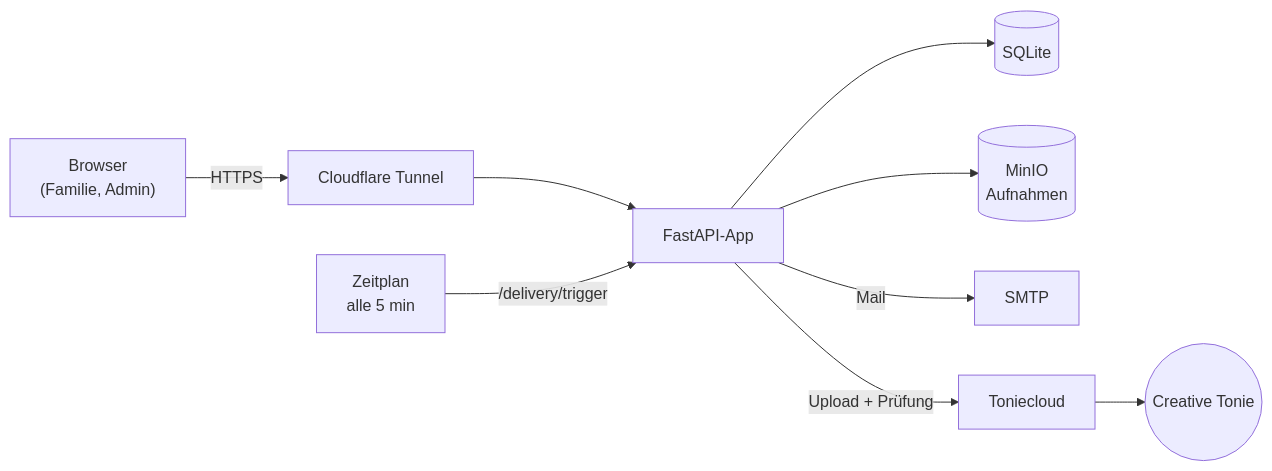
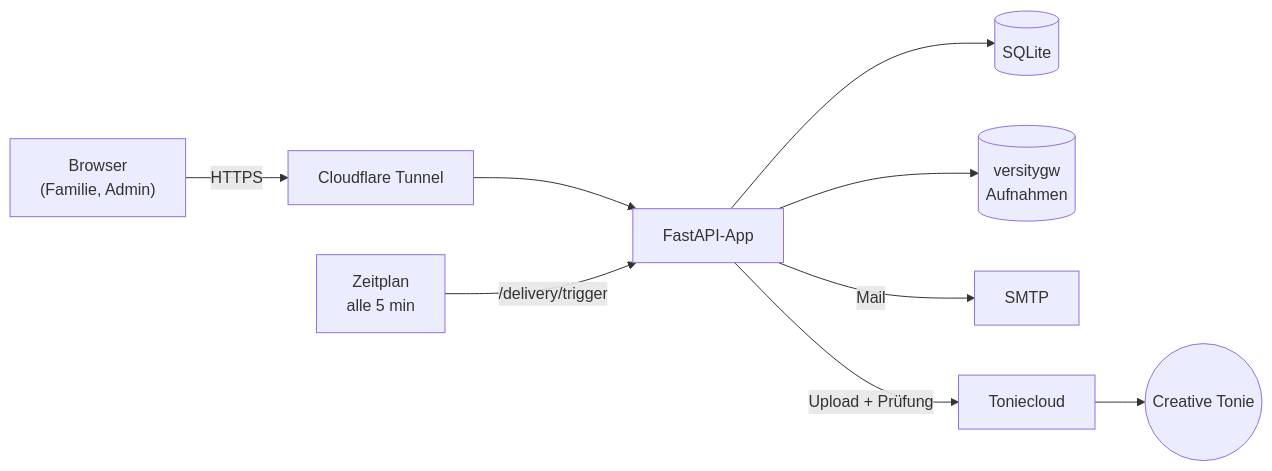
One commit to BeastHook/vorlesezeit changed the diagram in README.md. Above: the diagram before and after it, drawn with Mermaid. The commit also changed other lines of this file and 17 other files, not shown here.

Commit message:
Objektspeicher versitygw statt MinIO

````diff
--- a/README.md
+++ b/README.md
@@ -100,10 +100,10 @@
 ```mermaid
 flowchart LR
     Handy["Browser<br/>(Familie, Admin)"] -->|HTTPS| Tunnel[Cloudflare Tunnel]
     Tunnel --> App["FastAPI-App"]
     App --> DB[(SQLite)]
-    App --> S3[(MinIO<br/>Aufnahmen)]
+    App --> S3[(versitygw<br/>Aufnahmen)]
     App -->|Mail| SMTP[SMTP]
     Zeitplan[Zeitplan<br/>alle 5 min] -->|/delivery/trigger| App
     App -->|Upload + Prüfung| TC[Toniecloud] --> Tonie((Creative Tonie))
 ```
````
